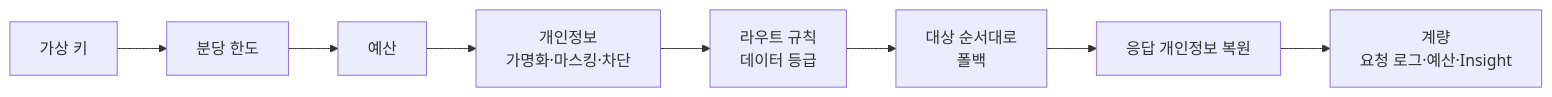
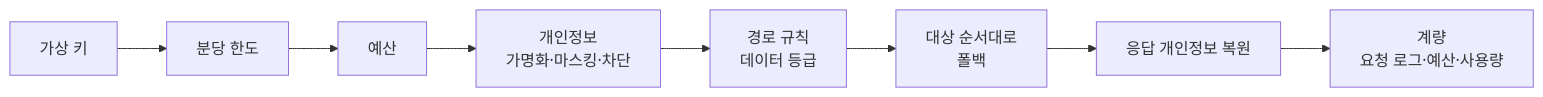
Before and after one commit to Malburi/hnix-ax-site: the diagram in platform/gateway.md, drawn with Mermaid. The commit also changed other lines of this file and 45 other files, not shown here.

````diff
--- a/platform/gateway.md
+++ b/platform/gateway.md
@@ -23,4 +25,4 @@
 ```mermaid
 flowchart LR
-    K["가상 키"] --> R["분당 한도"] --> B["예산"] --> P["개인정보<br/>가명화·마스킹·차단"] --> RT["라우트 규칙<br/>데이터 등급"] --> F["대상 순서대로<br/>폴백"] --> U["응답 개인정보 복원"] --> M["계량<br/>요청 로그·예산·Insight"]
+    K["가상 키"] --> R["분당 한도"] --> B["예산"] --> P["개인정보<br/>가명화·마스킹·차단"] --> RT["경로 규칙<br/>데이터 등급"] --> F["대상 순서대로<br/>폴백"] --> U["응답 개인정보 복원"] --> M["계량<br/>요청 로그·예산·사용량"]
 ```
````
